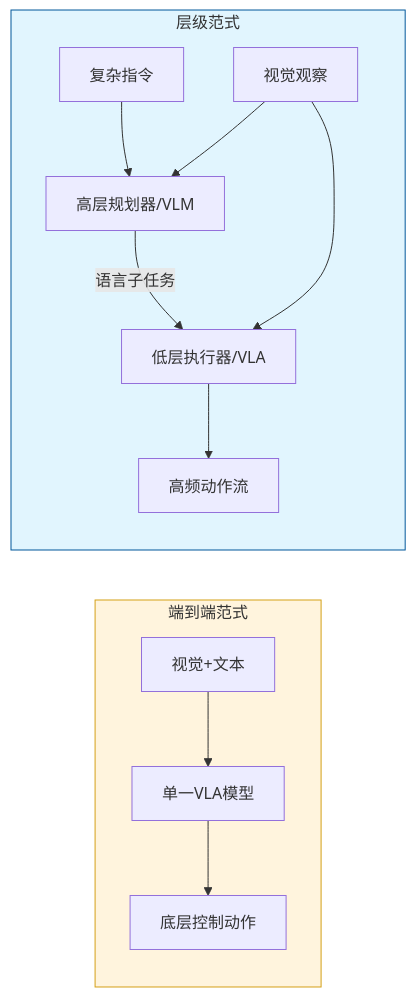
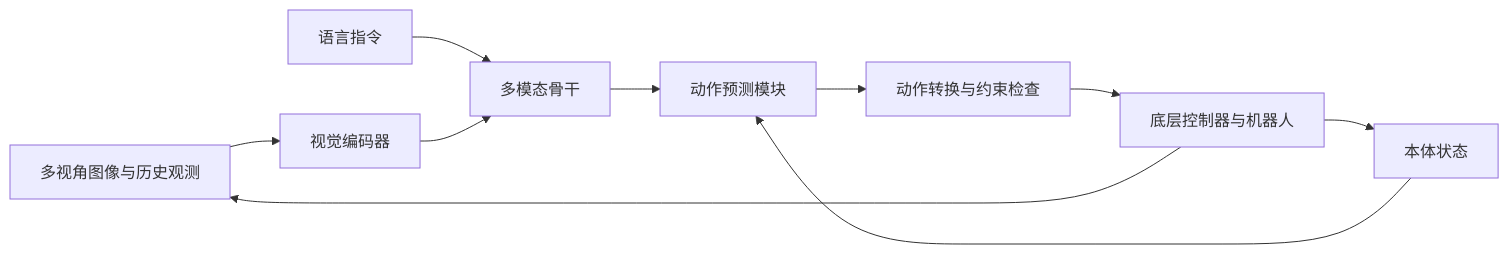
One commit to TingdeLiu/tingdeliu.github.io changed the first of 4 diagrams in _posts/research/2026-01-24-VLA-Survey.md. Above: the diagram before and after it, drawn with Mermaid. The commit also changed other lines of this file and 2 other files, not shown here.

Commit message:
Refine VLA survey structure and correct technical claims

````diff
--- a/_posts/research/2026-01-24-VLA-Survey.md
+++ b/_posts/research/2026-01-24-VLA-Survey.md
@@ -189,19 +58,12 @@
 ```mermaid
 flowchart LR
-    %% 端到端路径
-    subgraph E2E ["端到端范式"]
-        In1["视觉+文本"] --> Model1["单一VLA模型"] --> Act1["底层控制动作"]
-    end
-
-    %% 层级路径
-    subgraph Hier ["层级范式"]
-        In2["复杂指令"] --> VLM["高层规划器/VLM"]
-        VLM -- "语言子任务" --> VLA["低层执行器/VLA"]
-        Obs["视觉观察"] --> VLM
-        Obs --> VLA
-        VLA --> Act2["高频动作流"]
-    end
-
-    style E2E fill:#fff4dd,stroke:#d4a017
-    style Hier fill:#e1f5fe,stroke:#01579b
+    O["多视角图像与历史观测"] --> E["视觉编码器"]
+    L["语言指令"] --> B["多模态骨干"]
+    E --> B
+    S["本体状态"] --> A["动作预测模块"]
+    B --> A
+    A --> C["动作转换与约束检查"]
+    C --> R["底层控制器与机器人"]
+    R --> O
+    R --> S
 ```
````
